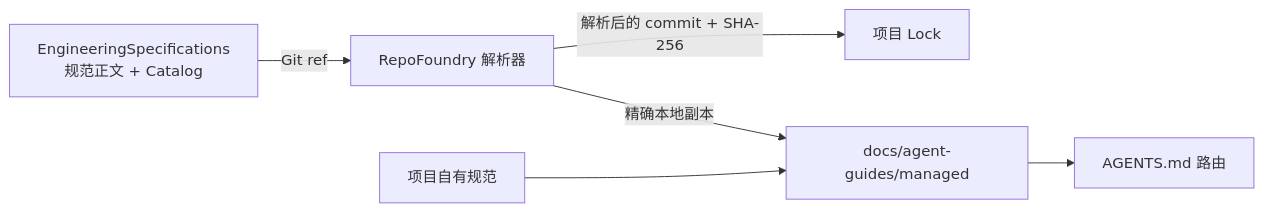
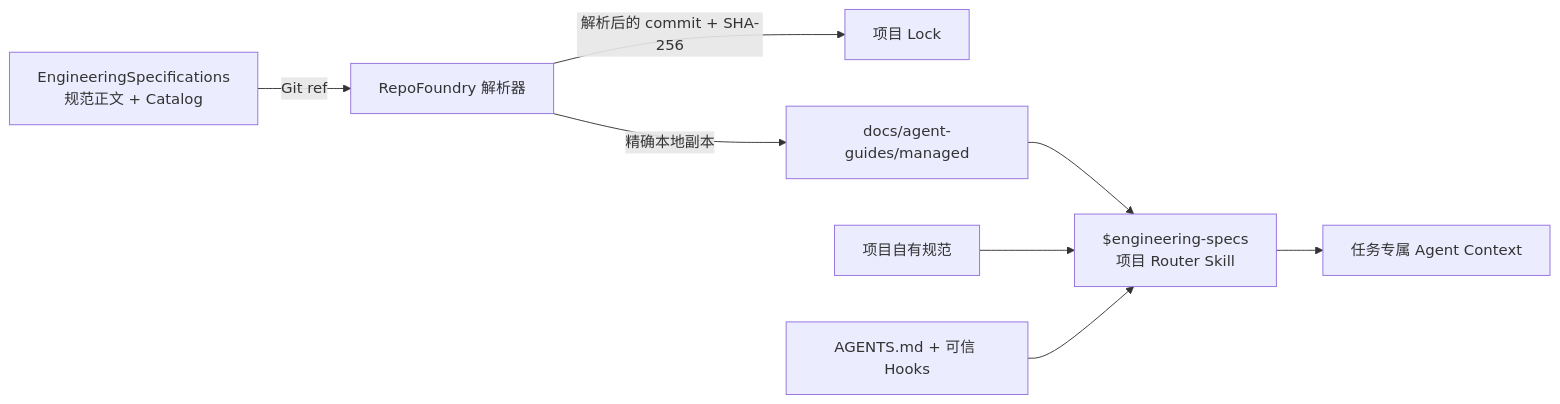
Before and after one commit to XiaoWeiKIN/EngineeringSpecifications: the diagram in README.zh-CN.md, drawn with Mermaid. The commit also changed other lines of this file and 5 other files, not shown here.

````diff
--- a/README.zh-CN.md
+++ b/README.zh-CN.md
@@ -11,8 +11,10 @@
 ```mermaid
 flowchart LR
     S["EngineeringSpecifications<br/>规范正文 + Catalog"] -->|"Git ref"| W["RepoFoundry 解析器"]
     W -->|"解析后的 commit + SHA-256"| L["项目 Lock"]
     W -->|"精确本地副本"| M["docs/agent-guides/managed"]
-    P["项目自有规范"] --> M
-    M --> A["AGENTS.md 路由"]
+    M --> R["$engineering-specs<br/>项目 Router Skill"]
+    P["项目自有规范"] --> R
+    A["AGENTS.md + 可信 Hooks"] --> R
+    R --> C["任务专属 Agent Context"]
 ```
````
